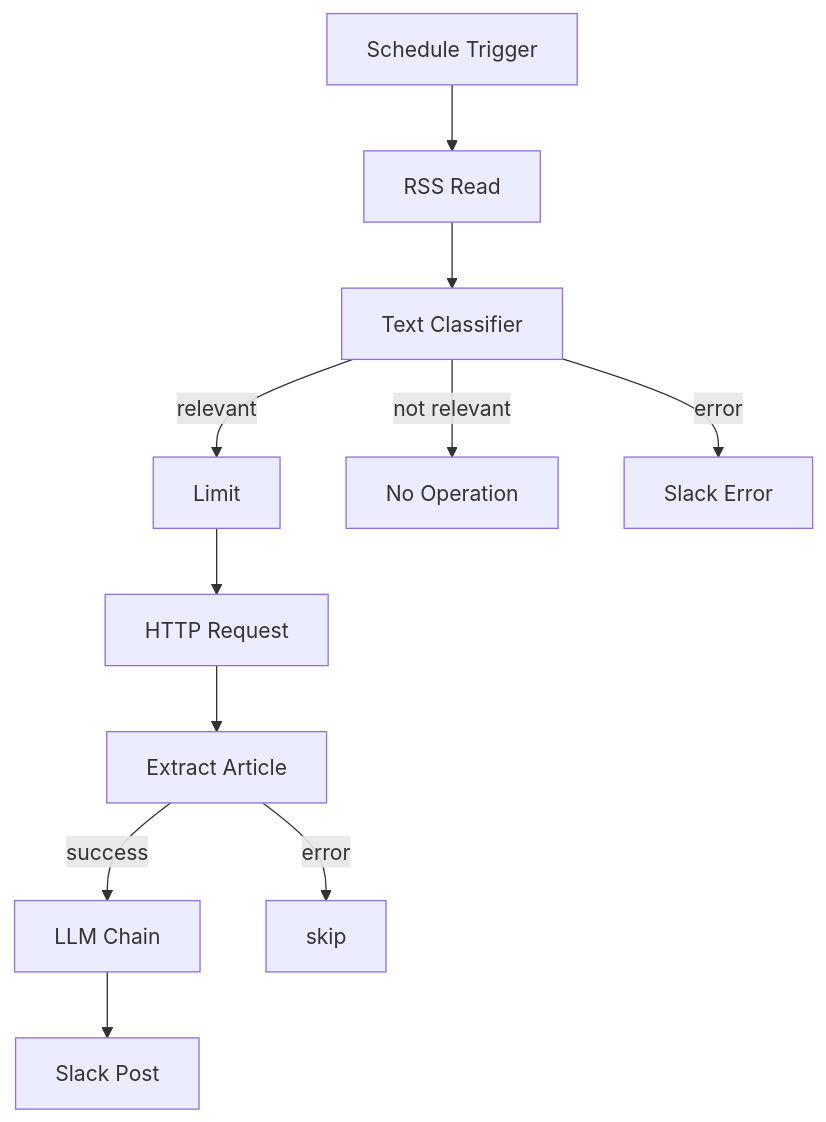
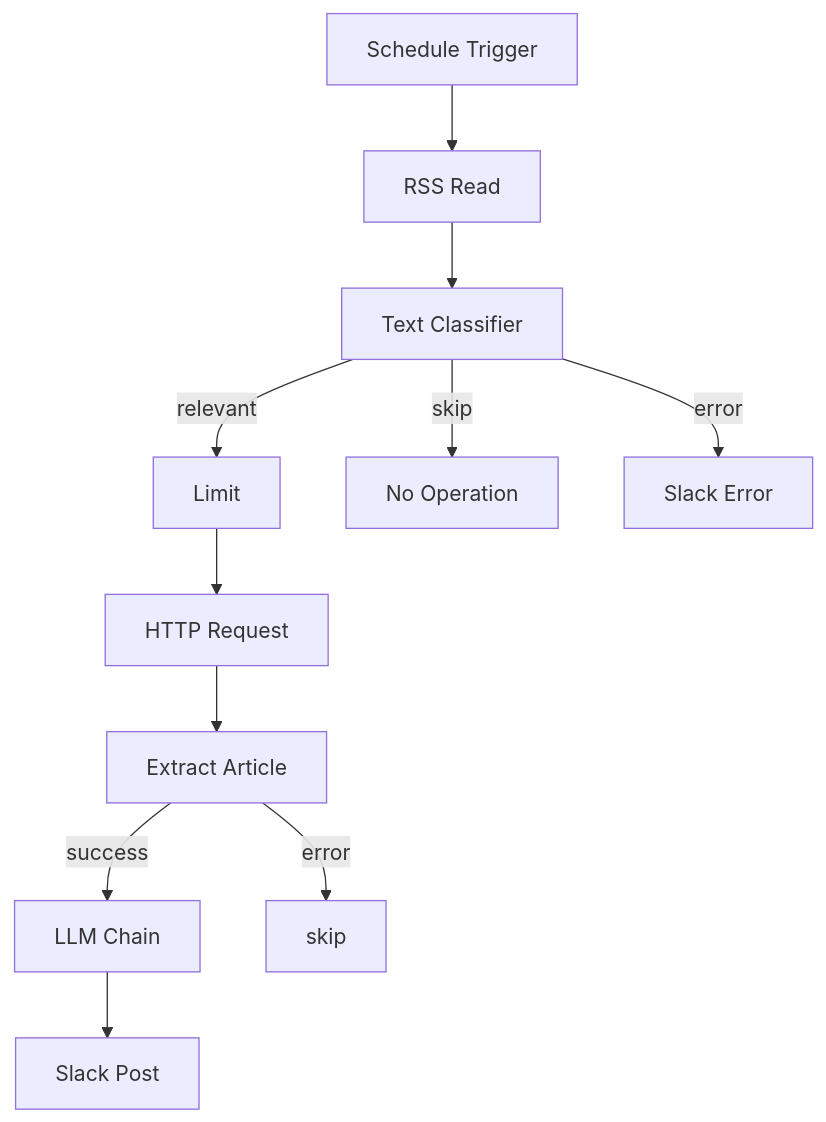
The diagram in 修正後/README.md (takumiwork-n8n/X_present_post_workflow), drawn with Mermaid before and after one commit. The commit also changed 1 other file, not shown here.

Commit message:
fix: use -->|text| edge label syntax per GitHub docs

````diff
--- a/修正後/README.md
+++ b/修正後/README.md
@@ -37,13 +37,13 @@
 ```mermaid
 graph TD
-    A["Schedule Trigger"] --> B["RSS Read"]
-    B --> C["Text Classifier"]
-    C -- "relevant" --> D["Limit"]
-    C -- "not relevant" --> E["No Operation"]
-    C -- "error" --> F["Slack Error"]
-    D --> G["HTTP Request"]
-    G --> H["Extract Article"]
-    H -- "success" --> I["LLM Chain"]
-    H -- "error" --> SKIP["skip"]
-    I --> J["Slack Post"]
+    A[Schedule Trigger] --> B[RSS Read]
+    B --> C[Text Classifier]
+    C -->|relevant| D[Limit]
+    C -->|skip| E[No Operation]
+    C -->|error| F[Slack Error]
+    D --> G[HTTP Request]
+    G --> H[Extract Article]
+    H -->|success| I[LLM Chain]
+    H -->|error| SKIP[skip]
+    I --> J[Slack Post]
 ```
````
